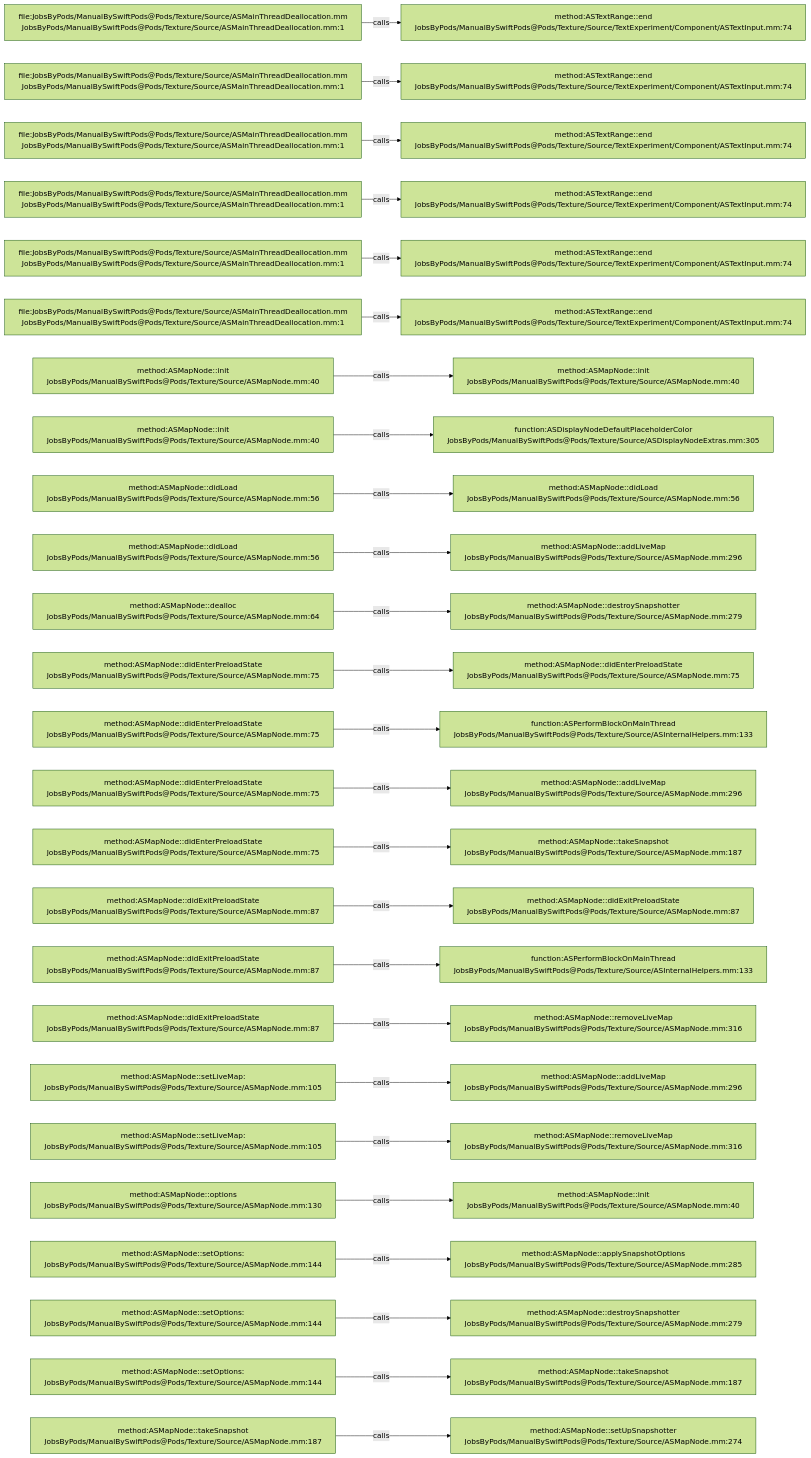
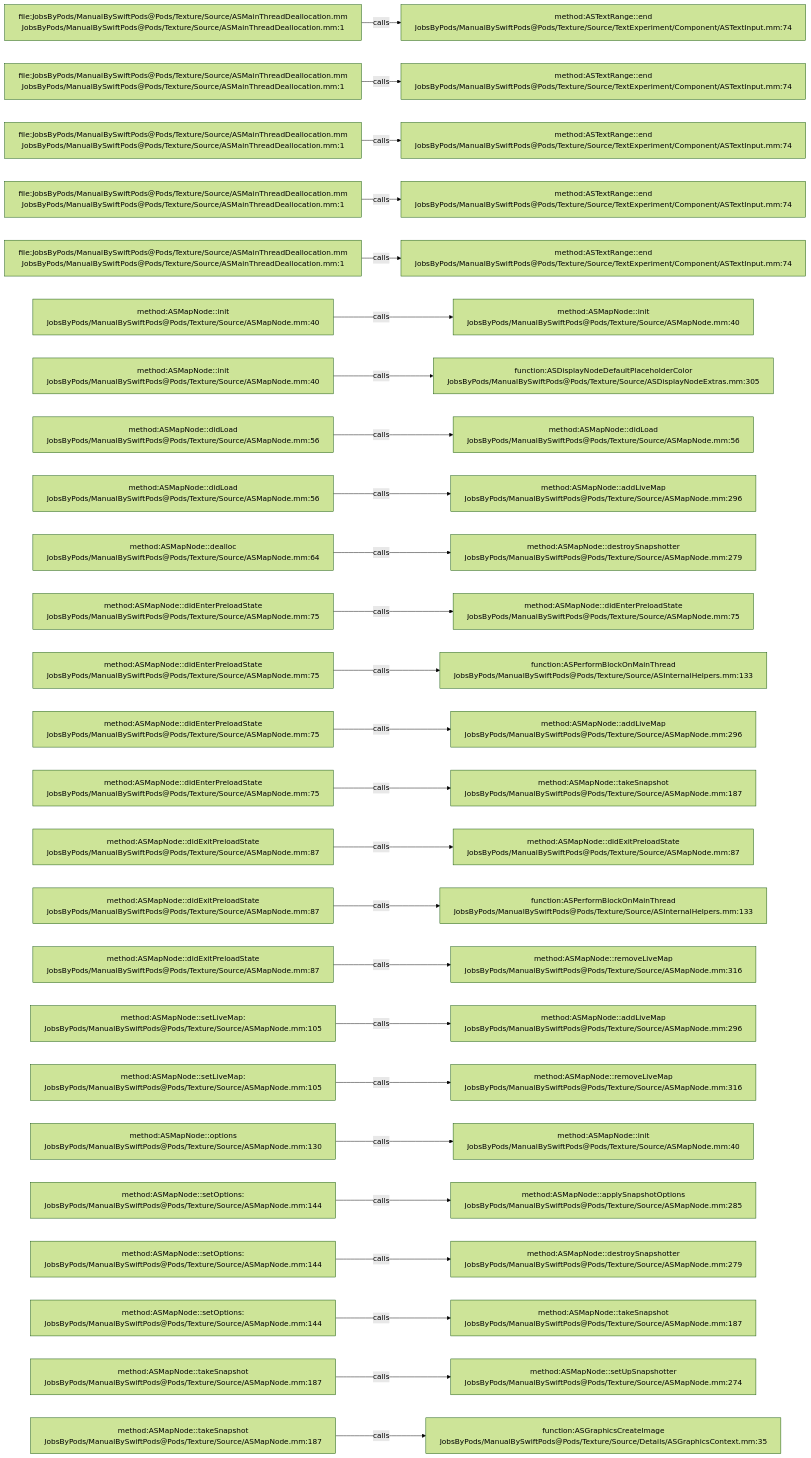
The diagram in .codegraph/codegraph.md/graphs/calls-045.md (JobsKits/JobsSwiftBaseConfigDemo), drawn with Mermaid (forest theme) before and after one commit. The commit also changed 747 other files, not shown here.

````diff
--- a/.codegraph/codegraph.md/graphs/calls-045.md
+++ b/.codegraph/codegraph.md/graphs/calls-045.md
@@ -13,78 +13,78 @@
 ```mermaid
 flowchart LR
   S1["file:JobsByPods/ManualBySwiftPods@Pods/Texture/Source/ASMainThreadDeallocation.mm<br/>JobsByPods/ManualBySwiftPods@Pods/Texture/Source/ASMainThreadDeallocation.mm:1"]
   T1["method:ASTextRange::end<br/>JobsByPods/ManualBySwiftPods@Pods/Texture/Source/TextExperiment/Component/ASTextInput.mm:74"]
   S1 -->|calls| T1
   S2["file:JobsByPods/ManualBySwiftPods@Pods/Texture/Source/ASMainThreadDeallocation.mm<br/>JobsByPods/ManualBySwiftPods@Pods/Texture/Source/ASMainThreadDeallocation.mm:1"]
   T2["method:ASTextRange::end<br/>JobsByPods/ManualBySwiftPods@Pods/Texture/Source/TextExperiment/Component/ASTextInput.mm:74"]
   S2 -->|calls| T2
   S3["file:JobsByPods/ManualBySwiftPods@Pods/Texture/Source/ASMainThreadDeallocation.mm<br/>JobsByPods/ManualBySwiftPods@Pods/Texture/Source/ASMainThreadDeallocation.mm:1"]
   T3["method:ASTextRange::end<br/>JobsByPods/ManualBySwiftPods@Pods/Texture/Source/TextExperiment/Component/ASTextInput.mm:74"]
   S3 -->|calls| T3
   S4["file:JobsByPods/ManualBySwiftPods@Pods/Texture/Source/ASMainThreadDeallocation.mm<br/>JobsByPods/ManualBySwiftPods@Pods/Texture/Source/ASMainThreadDeallocation.mm:1"]
   T4["method:ASTextRange::end<br/>JobsByPods/ManualBySwiftPods@Pods/Texture/Source/TextExperiment/Component/ASTextInput.mm:74"]
   S4 -->|calls| T4
   S5["file:JobsByPods/ManualBySwiftPods@Pods/Texture/Source/ASMainThreadDeallocation.mm<br/>JobsByPods/ManualBySwiftPods@Pods/Texture/Source/ASMainThreadDeallocation.mm:1"]
   T5["method:ASTextRange::end<br/>JobsByPods/ManualBySwiftPods@Pods/Texture/Source/TextExperiment/Component/ASTextInput.mm:74"]
   S5 -->|calls| T5
-  S6["file:JobsByPods/ManualBySwiftPods@Pods/Texture/Source/ASMainThreadDeallocation.mm<br/>JobsByPods/ManualBySwiftPods@Pods/Texture/Source/ASMainThreadDeallocation.mm:1"]
-  T6["method:ASTextRange::end<br/>JobsByPods/ManualBySwiftPods@Pods/Texture/Source/TextExperiment/Component/ASTextInput.mm:74"]
+  S6["method:ASMapNode::init<br/>JobsByPods/ManualBySwiftPods@Pods/Texture/Source/ASMapNode.mm:40"]
+  T6["method:ASMapNode::init<br/>JobsByPods/ManualBySwiftPods@Pods/Texture/Source/ASMapNode.mm:40"]
   S6 -->|calls| T6
   S7["method:ASMapNode::init<br/>JobsByPods/ManualBySwiftPods@Pods/Texture/Source/ASMapNode.mm:40"]
-  T7["method:ASMapNode::init<br/>JobsByPods/ManualBySwiftPods@Pods/Texture/Source/ASMapNode.mm:40"]
+  T7["function:ASDisplayNodeDefaultPlaceholderColor<br/>JobsByPods/ManualBySwiftPods@Pods/Texture/Source/ASDisplayNodeExtras.mm:305"]
   S7 -->|calls| T7
-  S8["method:ASMapNode::init<br/>JobsByPods/ManualBySwiftPods@Pods/Texture/Source/ASMapNode.mm:40"]
-  T8["function:ASDisplayNodeDefaultPlaceholderColor<br/>JobsByPods/ManualBySwiftPods@Pods/Texture/Source/ASDisplayNodeExtras.mm:305"]
+  S8["method:ASMapNode::didLoad<br/>JobsByPods/ManualBySwiftPods@Pods/Texture/Source/ASMapNode.mm:56"]
+  T8["method:ASMapNode::didLoad<br/>JobsByPods/ManualBySwiftPods@Pods/Texture/Source/ASMapNode.mm:56"]
   S8 -->|calls| T8
   S9["method:ASMapNode::didLoad<br/>JobsByPods/ManualBySwiftPods@Pods/Texture/Source/ASMapNode.mm:56"]
-  T9["method:ASMapNode::didLoad<br/>JobsByPods/ManualBySwiftPods@Pods/Texture/Source/ASMapNode.mm:56"]
+  T9["method:ASMapNode::addLiveMap<br/>JobsByPods/ManualBySwiftPods@Pods/Texture/Source/ASMapNode.mm:296"]
   S9 -->|calls| T9
-  S10["method:ASMapNode::didLoad<br/>JobsByPods/ManualBySwiftPods@Pods/Texture/Source/ASMapNode.mm:56"]
-  T10["method:ASMapNode::addLiveMap<br/>JobsByPods/ManualBySwiftPods@Pods/Texture/Source/ASMapNode.mm:296"]
+  S10["method:ASMapNode::dealloc<br/>JobsByPods/ManualBySwiftPods@Pods/Texture/Source/ASMapNode.mm:64"]
+  T10["method:ASMapNode::destroySnapshotter<br/>JobsByPods/ManualBySwiftPods@Pods/Texture/Source/ASMapNode.mm:279"]
   S10 -->|calls| T10
-  S11["method:ASMapNode::dealloc<br/>JobsByPods/ManualBySwiftPods@Pods/Texture/Source/ASMapNode.mm:64"]
-  T11["method:ASMapNode::destroySnapshotter<br/>JobsByPods/ManualBySwiftPods@Pods/Texture/Source/ASMapNode.mm:279"]
+  S11["method:ASMapNode::didEnterPreloadState<br/>JobsByPods/ManualBySwiftPods@Pods/Texture/Source/ASMapNode.mm:75"]
+  T11["method:ASMapNode::didEnterPreloadState<br/>JobsByPods/ManualBySwiftPods@Pods/Texture/Source/ASMapNode.mm:75"]
   S11 -->|calls| T11
   S12["method:ASMapNode::didEnterPreloadState<br/>JobsByPods/ManualBySwiftPods@Pods/Texture/Source/ASMapNode.mm:75"]
-  T12["method:ASMapNode::didEnterPreloadState<br/>JobsByPods/ManualBySwiftPods@Pods/Texture/Source/ASMapNode.mm:75"]
+  T12["function:ASPerformBlockOnMainThread<br/>JobsByPods/ManualBySwiftPods@Pods/Texture/Source/ASInternalHelpers.mm:133"]
   S12 -->|calls| T12
   S13["method:ASMapNode::didEnterPreloadState<br/>JobsByPods/ManualBySwiftPods@Pods/Texture/Source/ASMapNode.mm:75"]
-  T13["function:ASPerformBlockOnMainThread<br/>JobsByPods/ManualBySwiftPods@Pods/Texture/Source/ASInternalHelpers.mm:133"]
+  T13["method:ASMapNode::addLiveMap<br/>JobsByPods/ManualBySwiftPods@Pods/Texture/Source/ASMapNode.mm:296"]
   S13 -->|calls| T13
   S14["method:ASMapNode::didEnterPreloadState<br/>JobsByPods/ManualBySwiftPods@Pods/Texture/Source/ASMapNode.mm:75"]
-  T14["method:ASMapNode::addLiveMap<br/>JobsByPods/ManualBySwiftPods@Pods/Texture/Source/ASMapNode.mm:296"]
+  T14["method:ASMapNode::takeSnapshot<br/>JobsByPods/ManualBySwiftPods@Pods/Texture/Source/ASMapNode.mm:187"]
   S14 -->|calls| T14
-  S15["method:ASMapNode::didEnterPreloadState<br/>JobsByPods/ManualBySwiftPods@Pods/Texture/Source/ASMapNode.mm:75"]
-  T15["method:ASMapNode::takeSnapshot<br/>JobsByPods/ManualBySwiftPods@Pods/Texture/Source/ASMapNode.mm:187"]
+  S15["method:ASMapNode::didExitPreloadState<br/>JobsByPods/ManualBySwiftPods@Pods/Texture/Source/ASMapNode.mm:87"]
+  T15["method:ASMapNode::didExitPreloadState<br/>JobsByPods/ManualBySwiftPods@Pods/Texture/Source/ASMapNode.mm:87"]
   S15 -->|calls| T15
   S16["method:ASMapNode::didExitPreloadState<br/>JobsByPods/ManualBySwiftPods@Pods/Texture/Source/ASMapNode.mm:87"]
-  T16["method:ASMapNode::didExitPreloadState<br/>JobsByPods/ManualBySwiftPods@Pods/Texture/Source/ASMapNode.mm:87"]
+  T16["function:ASPerformBlockOnMainThread<br/>JobsByPods/ManualBySwiftPods@Pods/Texture/Source/ASInternalHelpers.mm:133"]
   S16 -->|calls| T16
   S17["method:ASMapNode::didExitPreloadState<br/>JobsByPods/ManualBySwiftPods@Pods/Texture/Source/ASMapNode.mm:87"]
-  T17["function:ASPerformBlockOnMainThread<br/>JobsByPods/ManualBySwiftPods@Pods/Texture/Source/ASInternalHelpers.mm:133"]
+  T17["method:ASMapNode::removeLiveMap<br/>JobsByPods/ManualBySwiftPods@Pods/Texture/Source/ASMapNode.mm:316"]
   S17 -->|calls| T17
-  S18["method:ASMapNode::didExitPreloadState<br/>JobsByPods/ManualBySwiftPods@Pods/Texture/Source/ASMapNode.mm:87"]
-  T18["method:ASMapNode::removeLiveMap<br/>JobsByPods/ManualBySwiftPods@Pods/Texture/Source/ASMapNode.mm:316"]
+  S18["method:ASMapNode::setLiveMap:<br/>JobsByPods/ManualBySwiftPods@Pods/Texture/Source/ASMapNode.mm:105"]
+  T18["method:ASMapNode::addLiveMap<br/>JobsByPods/ManualBySwiftPods@Pods/Texture/Source/ASMapNode.mm:296"]
   S18 -->|calls| T18
   S19["method:ASMapNode::setLiveMap:<br/>JobsByPods/ManualBySwiftPods@Pods/Texture/Source/ASMapNode.mm:105"]
-  T19["method:ASMapNode::addLiveMap<br/>JobsByPods/ManualBySwiftPods@Pods/Texture/Source/ASMapNode.mm:296"]
+  T19["method:ASMapNode::removeLiveMap<br/>JobsByPods/ManualBySwiftPods@Pods/Texture/Source/ASMapNode.mm:316"]
   S19 -->|calls| T19
-  S20["method:ASMapNode::setLiveMap:<br/>JobsByPods/ManualBySwiftPods@Pods/Texture/Source/ASMapNode.mm:105"]
-  T20["method:ASMapNode::removeLiveMap<br/>JobsByPods/ManualBySwiftPods@Pods/Texture/Source/ASMapNode.mm:316"]
+  S20["method:ASMapNode::options<br/>JobsByPods/ManualBySwiftPods@Pods/Texture/Source/ASMapNode.mm:130"]
+  T20["method:ASMapNode::init<br/>JobsByPods/ManualBySwiftPods@Pods/Texture/Source/ASMapNode.mm:40"]
   S20 -->|calls| T20
-  S21["method:ASMapNode::options<br/>JobsByPods/ManualBySwiftPods@Pods/Texture/Source/ASMapNode.mm:130"]
-  T21["method:ASMapNode::init<br/>JobsByPods/ManualBySwiftPods@Pods/Texture/Source/ASMapNode.mm:40"]
+  S21["method:ASMapNode::setOptions:<br/>JobsByPods/ManualBySwiftPods@Pods/Texture/Source/ASMapNode.mm:144"]
+  T21["method:ASMapNode::applySnapshotOptions<br/>JobsByPods/ManualBySwiftPods@Pods/Texture/Source/ASMapNode.mm:285"]
   S21 -->|calls| T21
   S22["method:ASMapNode::setOptions:<br/>JobsByPods/ManualBySwiftPods@Pods/Texture/Source/ASMapNode.mm:144"]
-  T22["method:ASMapNode::applySnapshotOptions<br/>JobsByPods/ManualBySwiftPods@Pods/Texture/Source/ASMapNode.mm:285"]
+  T22["method:ASMapNode::destroySnapshotter<br/>JobsByPods/ManualBySwiftPods@Pods/Texture/Source/ASMapNode.mm:279"]
   S22 -->|calls| T22
   S23["method:ASMapNode::setOptions:<br/>JobsByPods/ManualBySwiftPods@Pods/Texture/Source/ASMapNode.mm:144"]
-  T23["method:ASMapNode::destroySnapshotter<br/>JobsByPods/ManualBySwiftPods@Pods/Texture/Source/ASMapNode.mm:279"]
+  T23["method:ASMapNode::takeSnapshot<br/>JobsByPods/ManualBySwiftPods@Pods/Texture/Source/ASMapNode.mm:187"]
   S23 -->|calls| T23
-  S24["method:ASMapNode::setOptions:<br/>JobsByPods/ManualBySwiftPods@Pods/Texture/Source/ASMapNode.mm:144"]
-  T24["method:ASMapNode::takeSnapshot<br/>JobsByPods/ManualBySwiftPods@Pods/Texture/Source/ASMapNode.mm:187"]
+  S24["method:ASMapNode::takeSnapshot<br/>JobsByPods/ManualBySwiftPods@Pods/Texture/Source/ASMapNode.mm:187"]
+  T24["method:ASMapNode::setUpSnapshotter<br/>JobsByPods/ManualBySwiftPods@Pods/Texture/Source/ASMapNode.mm:274"]
   S24 -->|calls| T24
   S25["method:ASMapNode::takeSnapshot<br/>JobsByPods/ManualBySwiftPods@Pods/Texture/Source/ASMapNode.mm:187"]
-  T25["method:ASMapNode::setUpSnapshotter<br/>JobsByPods/ManualBySwiftPods@Pods/Texture/Source/ASMapNode.mm:274"]
+  T25["function:ASGraphicsCreateImage<br/>JobsByPods/ManualBySwiftPods@Pods/Texture/Source/Details/ASGraphicsContext.mm:35"]
   S25 -->|calls| T25
 ```
````
